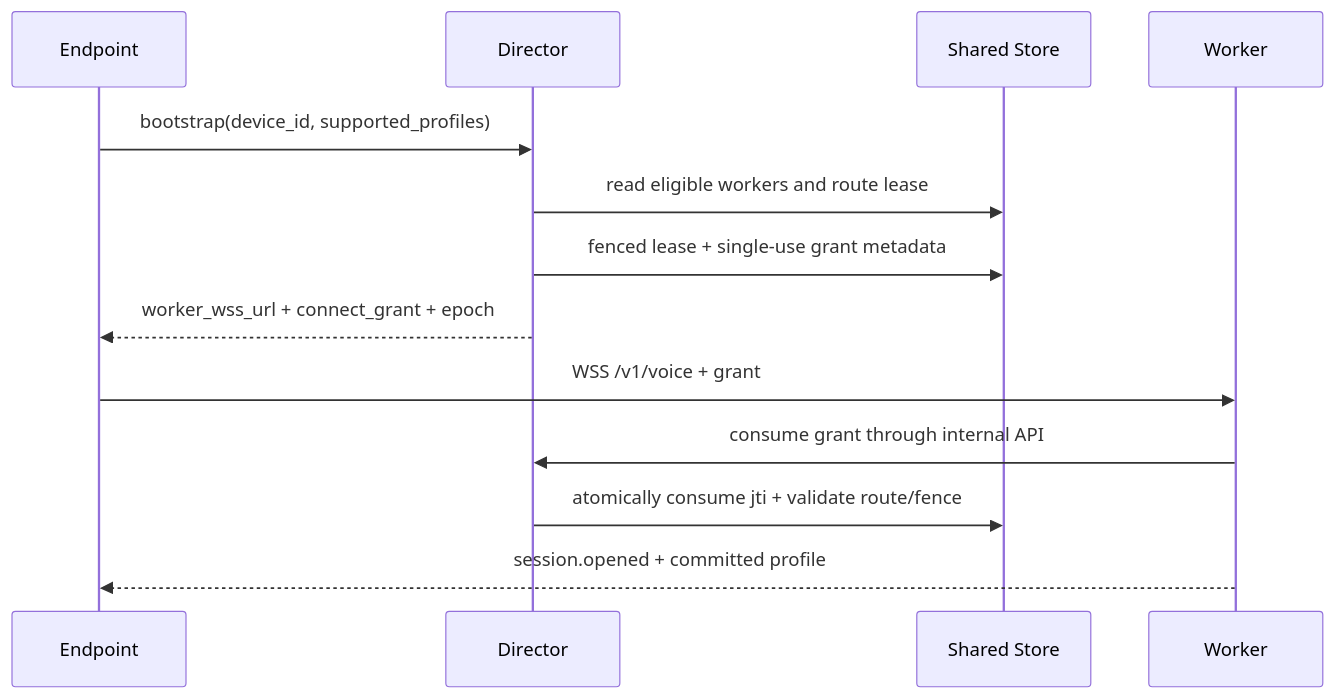
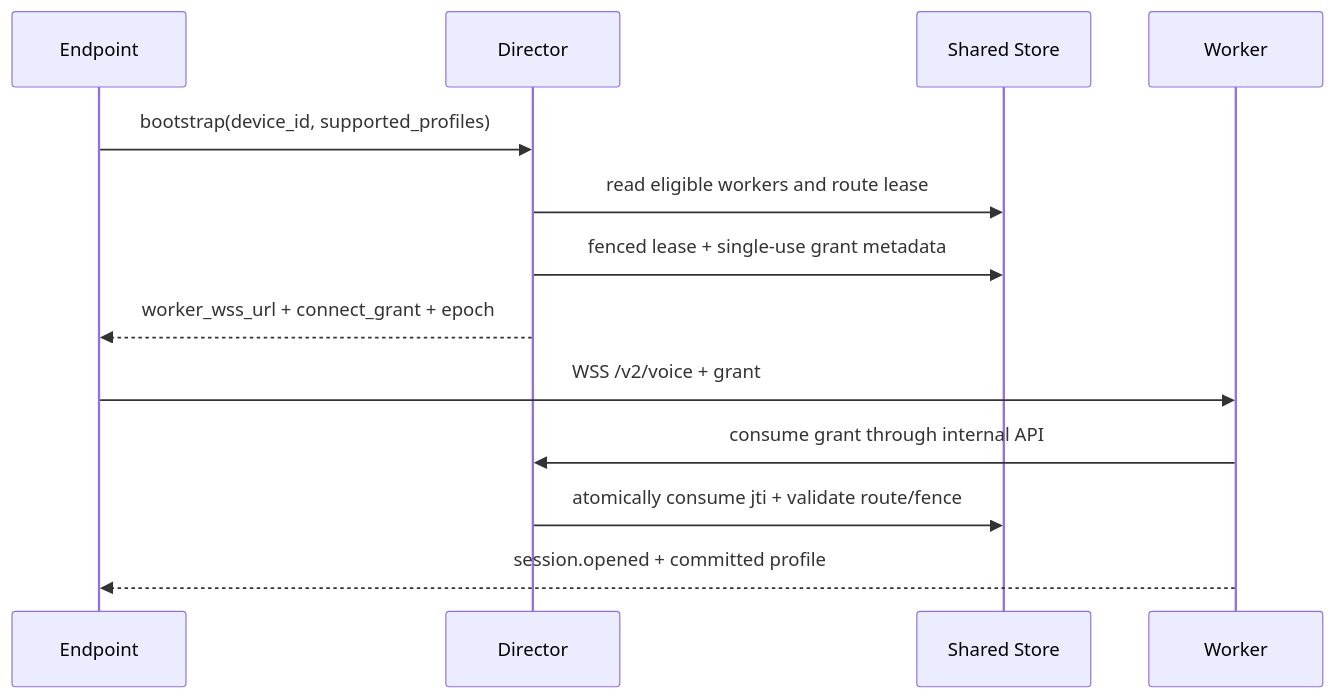
One commit to wuhuaha/realtime-voice-agent changed the second of 2 diagrams in docs/architecture/system.md. Above: the diagram before and after it, drawn with Mermaid. The commit also changed other lines of this file and 211 other files, not shown here.

````diff
--- a/docs/architecture/system.md
+++ b/docs/architecture/system.md
@@ -66,15 +67,15 @@
 ```mermaid
 sequenceDiagram
     participant E as Endpoint
     participant D as Director
     participant S as Shared Store
     participant W as Worker
     E->>D: bootstrap(device_id, supported_profiles)
     D->>S: read eligible workers and route lease
     D->>S: fenced lease + single-use grant metadata
     D-->>E: worker_wss_url + connect_grant + epoch
-    E->>W: WSS /v1/voice + grant
+    E->>W: WSS /v2/voice + grant
     W->>D: consume grant through internal API
     D->>S: atomically consume jti + validate route/fence
     W-->>E: session.opened + committed profile
 ```
````
